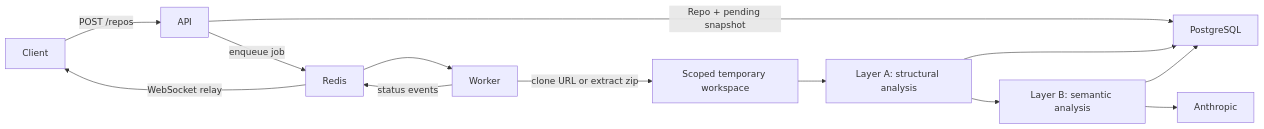
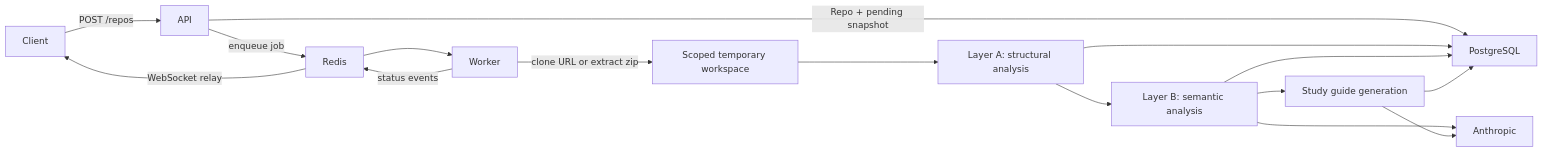
One commit to bghannum/strata-learn changed the diagram in docs/architecture.md. Above: the diagram before and after it, drawn with Mermaid. The commit also changed other lines of this file and 1 other file, not shown here.

````diff
--- a/docs/architecture.md
+++ b/docs/architecture.md
@@ -22,15 +22,18 @@
 ```mermaid
 flowchart LR
     Client -->|POST /repos| API
     API -->|Repo + pending snapshot| PostgreSQL
     API -->|enqueue job| Redis
     Redis --> Worker
     Worker -->|clone URL or extract zip| Source[Scoped temporary workspace]
     Source --> LayerA[Layer A: structural analysis]
     LayerA --> PostgreSQL
     LayerA --> LayerB[Layer B: semantic analysis]
     LayerB --> Anthropic
     LayerB --> PostgreSQL
+    LayerB --> Guide[Study guide generation]
+    Guide --> Anthropic
+    Guide --> PostgreSQL
     Worker -->|status events| Redis
     Redis -->|WebSocket relay| Client
 ```
````
